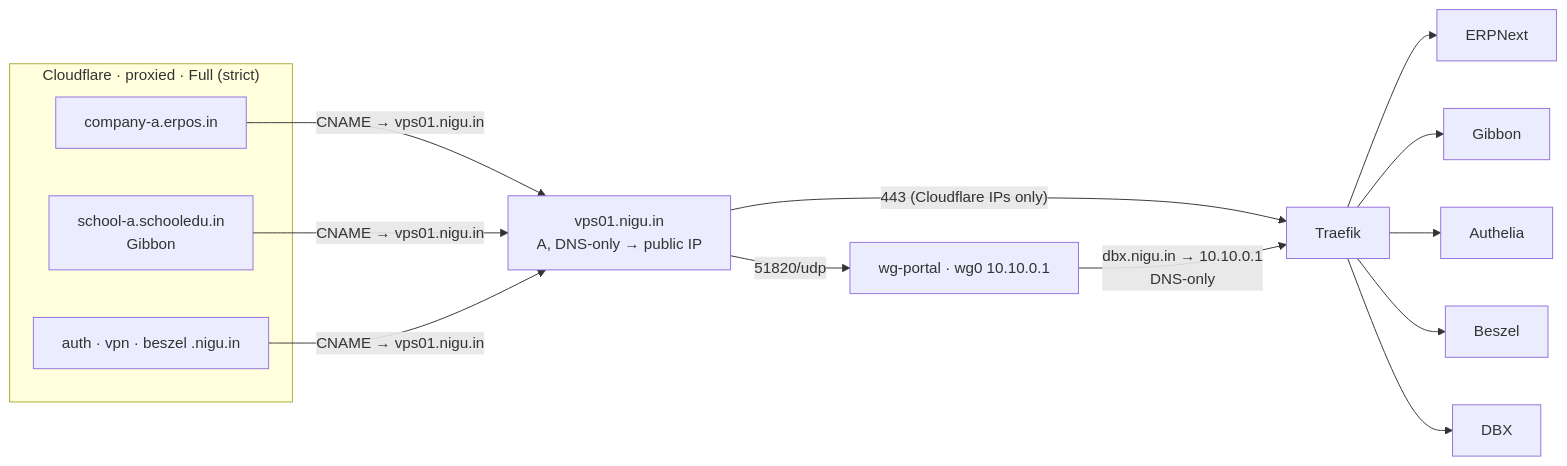
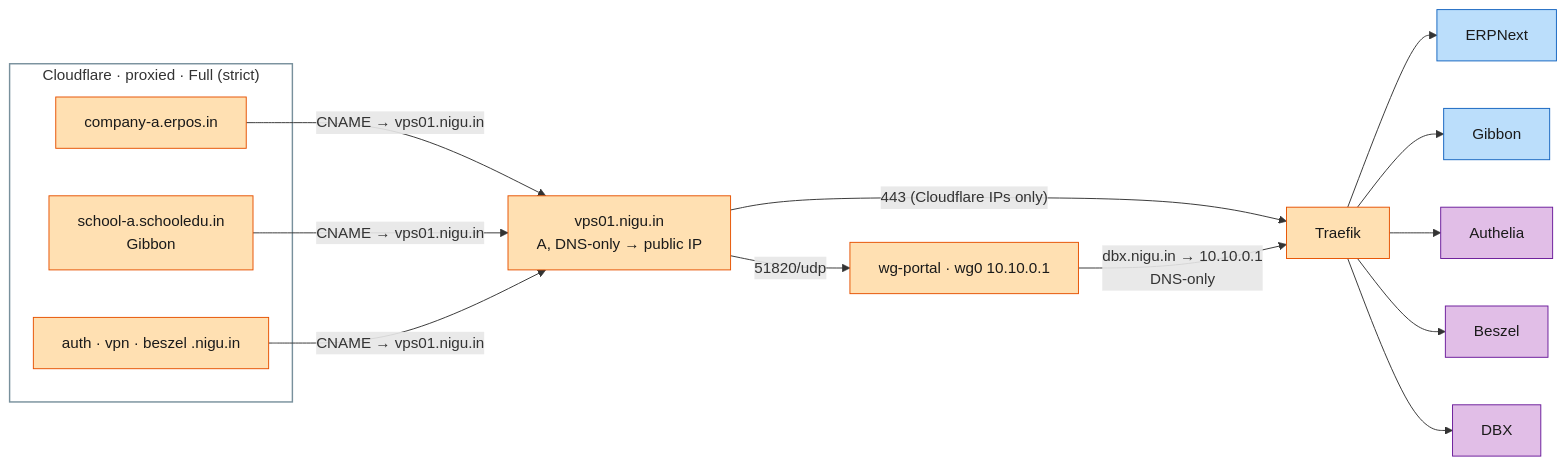
The fourth of 23 diagrams in master-plan.md (varunpathania86/nigu-lite), drawn with Mermaid before and after one commit. The commit also changed other lines of this file and 38 other files, not shown here.

````diff
--- a/master-plan.md
+++ b/master-plan.md
@@ -174,13 +211,20 @@
 ```mermaid
 flowchart LR
   subgraph CF["Cloudflare · proxied · Full (strict)"]
     ERPD["company-a.erpos.in"]
     EDUD["school-a.schooledu.in<br/>Gibbon"]
     CPD["auth · vpn · beszel .nigu.in"]
   end
   ERPD & EDUD & CPD -->|"CNAME → vps01.nigu.in"| N["vps01.nigu.in<br/>A, DNS-only → public IP"]
   N -->|"443 (Cloudflare IPs only)"| T[Traefik]
   N -->|"51820/udp"| WG["wg-portal · wg0 10.10.0.1"]
   WG -->|"dbx.nigu.in → 10.10.0.1<br/>DNS-only"| T
   T --> ERP[ERPNext] & GIB[Gibbon] & AUTH[Authelia] & BES[Beszel] & DBX[DBX]
+  class ERPD,EDUD,CPD,N,T,WG edge
+  class ERP,GIB app
+  class AUTH,BES,DBX core
+  style CF fill:transparent,stroke:#78909c,stroke-width:1.5px
+  classDef edge fill:#ffe0b2,stroke:#e65100,color:#1a1a1a
+  classDef app fill:#bbdefb,stroke:#1565c0,color:#1a1a1a
+  classDef core fill:#e1bee7,stroke:#6a1b9a,color:#1a1a1a
 ```
````
